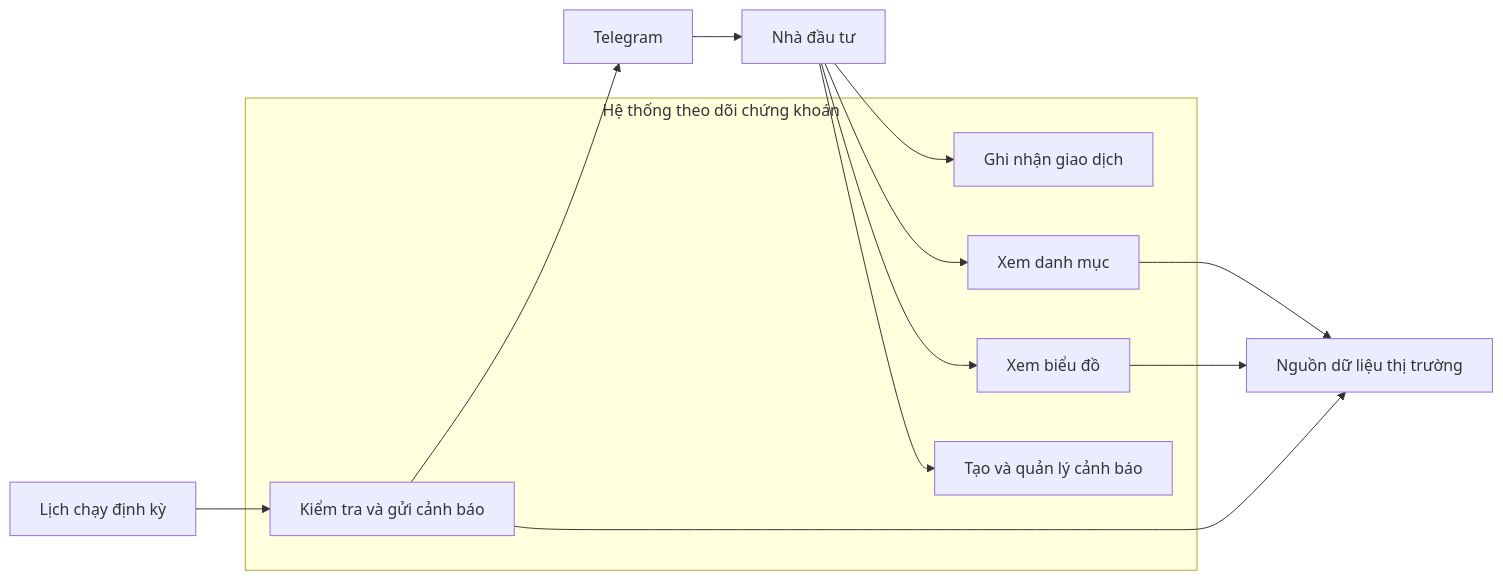
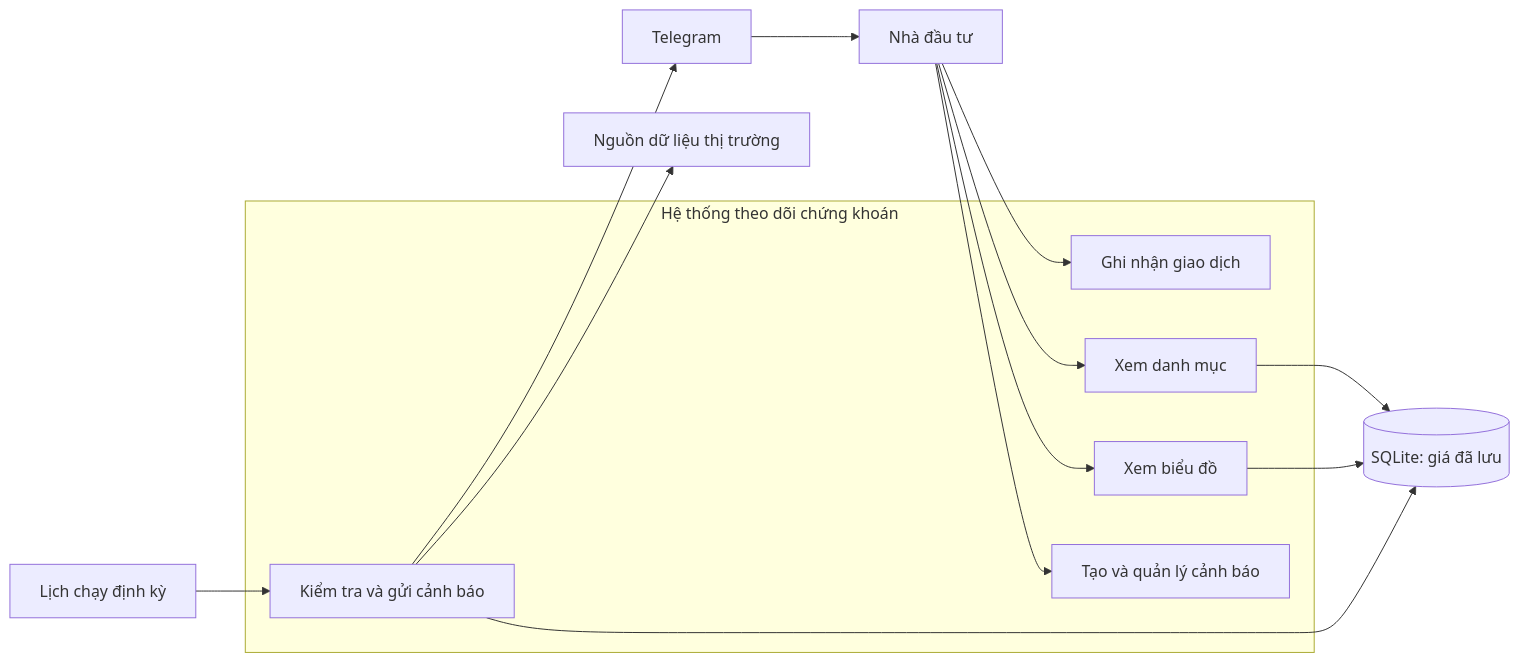
The first of 7 diagrams in report-theo-doi-chung-khoan/3.phan_tich_thiet_ke.md (hoacangio/python-programming-excercises), drawn with Mermaid before and after one commit. The commit also changed other lines of this file and 15 other files, not shown here.

````diff
--- a/report-theo-doi-chung-khoan/3.phan_tich_thiet_ke.md
+++ b/report-theo-doi-chung-khoan/3.phan_tich_thiet_ke.md
@@ -21,24 +21,25 @@
 ```mermaid
 flowchart LR
     U[Nhà đầu tư]
     Y[Nguồn dữ liệu thị trường]
     T[Telegram]
     C[Lịch chạy định kỳ]
     subgraph SYS[Hệ thống theo dõi chứng khoán]
         A[Ghi nhận giao dịch]
         B[Xem danh mục]
         D[Xem biểu đồ]
         E[Tạo và quản lý cảnh báo]
         F[Kiểm tra và gửi cảnh báo]
     end
     U --> A
     U --> B
     U --> D
     U --> E
-    B --> Y
-    D --> Y
+    B --> DB[(SQLite: giá đã lưu)]
+    D --> DB
     C --> F
     F --> Y
+    F --> DB
     F --> T
     T --> U
 ```
````
